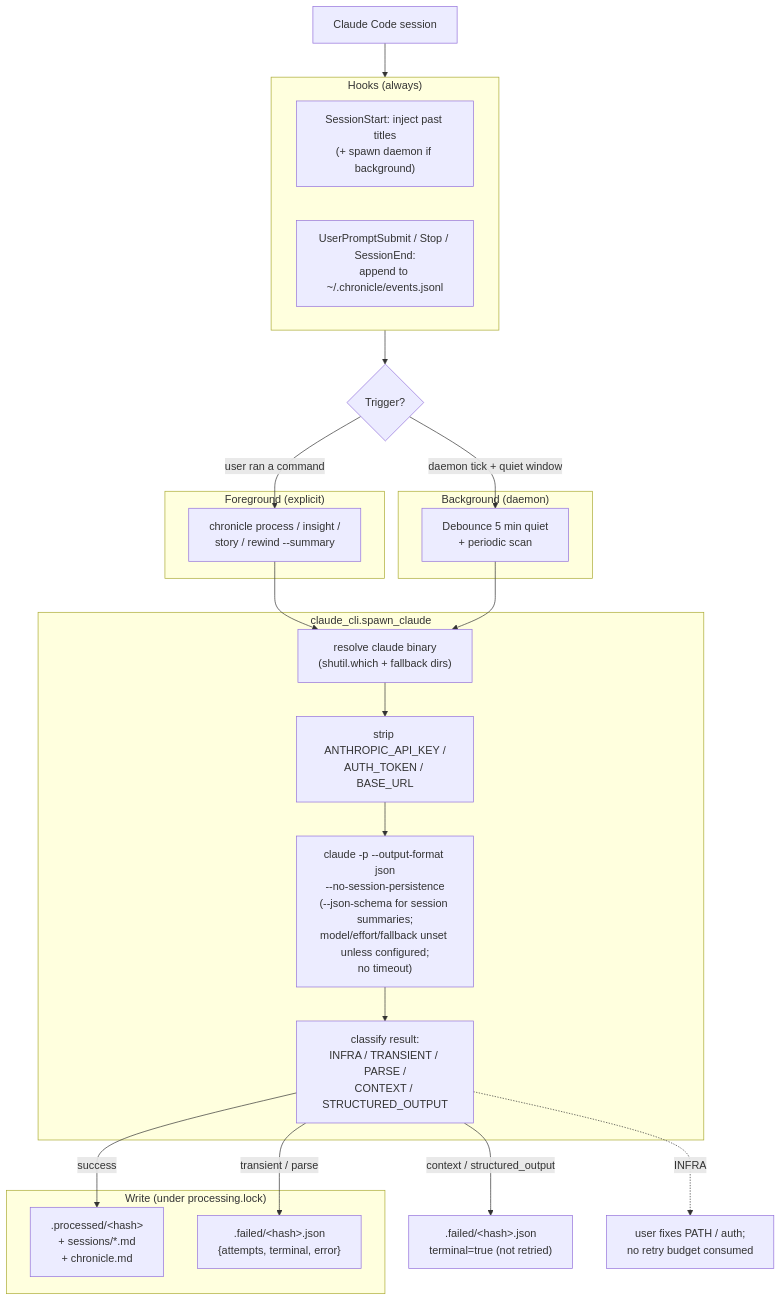
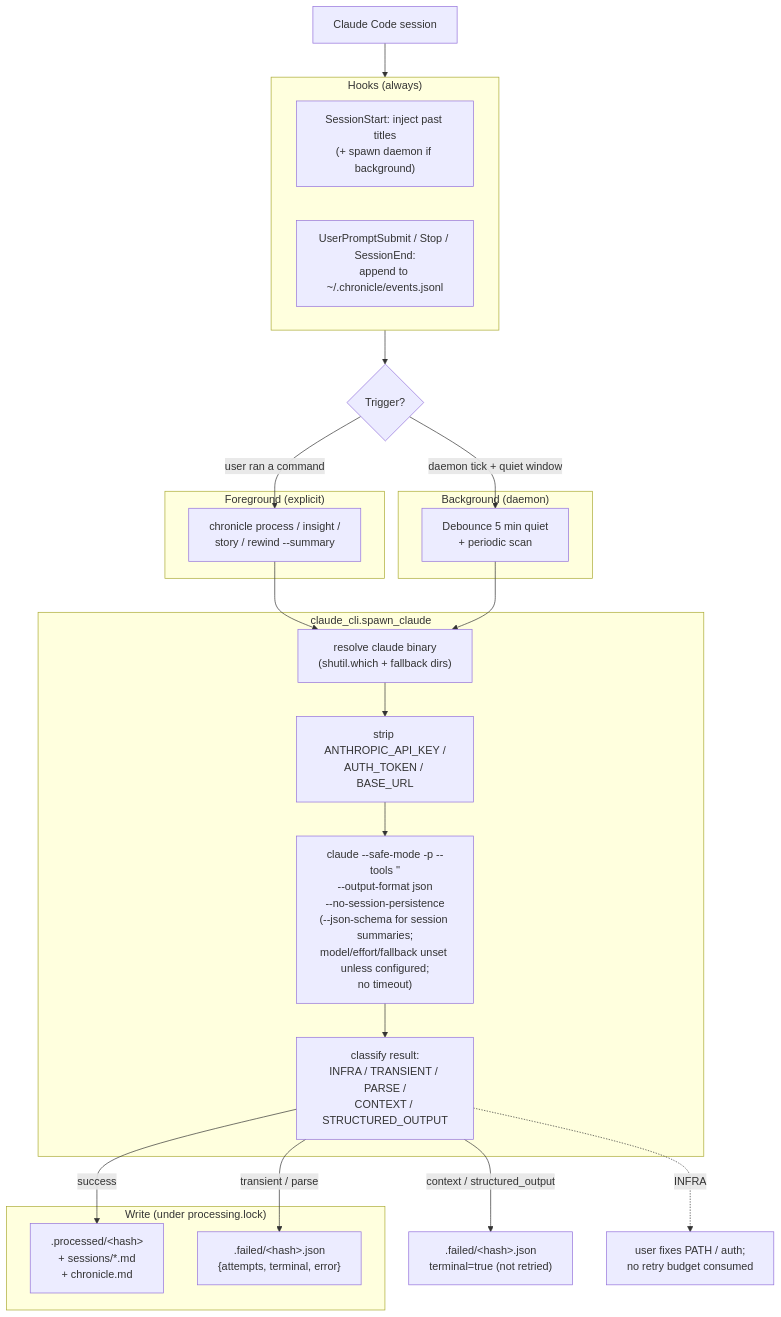
One commit to ehzawad/claudetalktoclaude changed the fourth of 7 diagrams in README.md. Above: the diagram before and after it, drawn with Mermaid. The commit also changed other lines of this file and 35 other files, not shown here.

````diff
--- a/README.md
+++ b/README.md
@@ -266,41 +277,41 @@
 ```mermaid
 flowchart TB
     subgraph hooks["Hooks (always)"]
         SS["SessionStart: inject past titles<br/>(+ spawn daemon if background)"]
         LOG["UserPromptSubmit / Stop / SessionEnd:<br/>append to ~/.chronicle/events.jsonl"]
     end
 
     TRIG{"Trigger?"}
 
     subgraph fg["Foreground (explicit)"]
         FG["chronicle process / insight /<br/>story / rewind --summary"]
     end
 
     subgraph bg["Background (daemon)"]
         BG["Debounce 5 min quiet<br/>+ periodic scan"]
     end
 
     subgraph pipeline["claude_cli.spawn_claude"]
         RESOLVE["resolve claude binary<br/>(shutil.which + fallback dirs)"]
         ENV["strip ANTHROPIC_API_KEY /<br/>AUTH_TOKEN / BASE_URL"]
-        SPAWN["claude -p --output-format json<br/>--no-session-persistence<br/>(--json-schema for session summaries;<br/>model/effort/fallback unset unless configured;<br/>no timeout)"]
+        SPAWN["claude --safe-mode -p --tools ''<br/>--output-format json<br/>--no-session-persistence<br/>(--json-schema for session summaries;<br/>model/effort/fallback unset unless configured;<br/>no timeout)"]
         CLASSIFY["classify result:<br/>INFRA / TRANSIENT / PARSE /<br/>CONTEXT / STRUCTURED_OUTPUT"]
     end
 
     subgraph write["Write (under processing.lock)"]
         OK[".processed/&lt;hash&gt;<br/>+ sessions/*.md<br/>+ chronicle.md"]
         FAIL[".failed/&lt;hash&gt;.json<br/>{attempts, terminal, error}"]
     end
 
     CC["Claude Code session"] --> hooks
     hooks --> TRIG
     TRIG -->|"user ran a command"| FG
     TRIG -->|"daemon tick + quiet window"| BG
     FG --> RESOLVE
     BG --> RESOLVE
     RESOLVE --> ENV --> SPAWN --> CLASSIFY
     CLASSIFY -->|success| OK
     CLASSIFY -->|transient / parse| FAIL
     CLASSIFY -->|context / structured_output| TERM[".failed/&lt;hash&gt;.json<br/>terminal=true (not retried)"]
     CLASSIFY -.->|INFRA| config_fix["user fixes PATH / auth;<br/>no retry budget consumed"]
 ```
````
